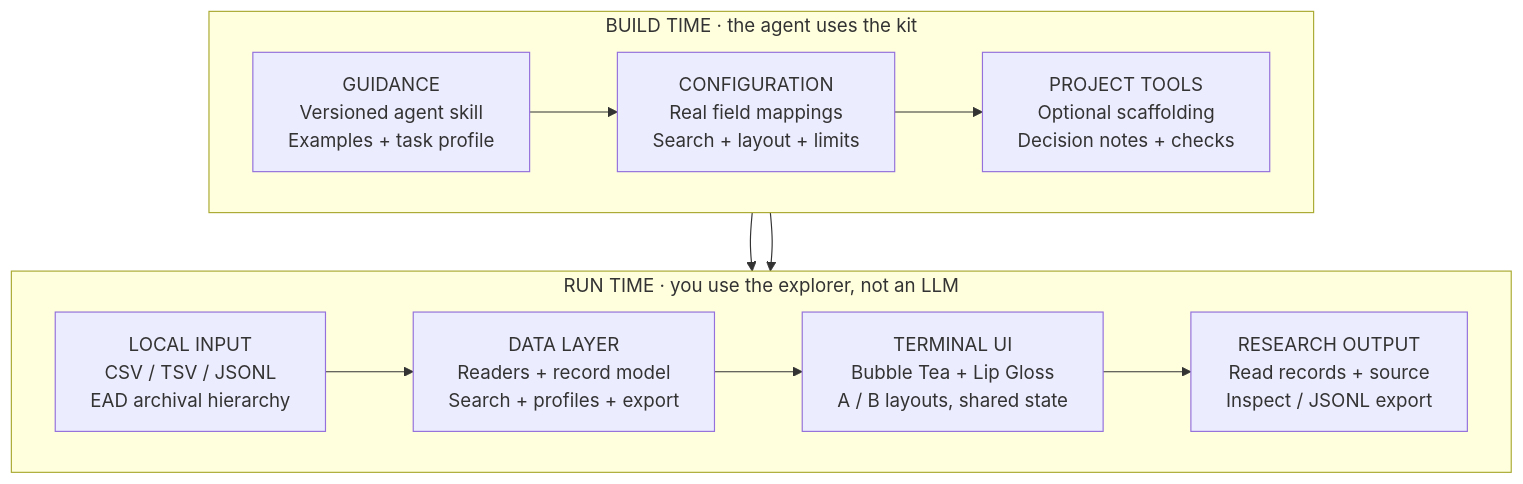
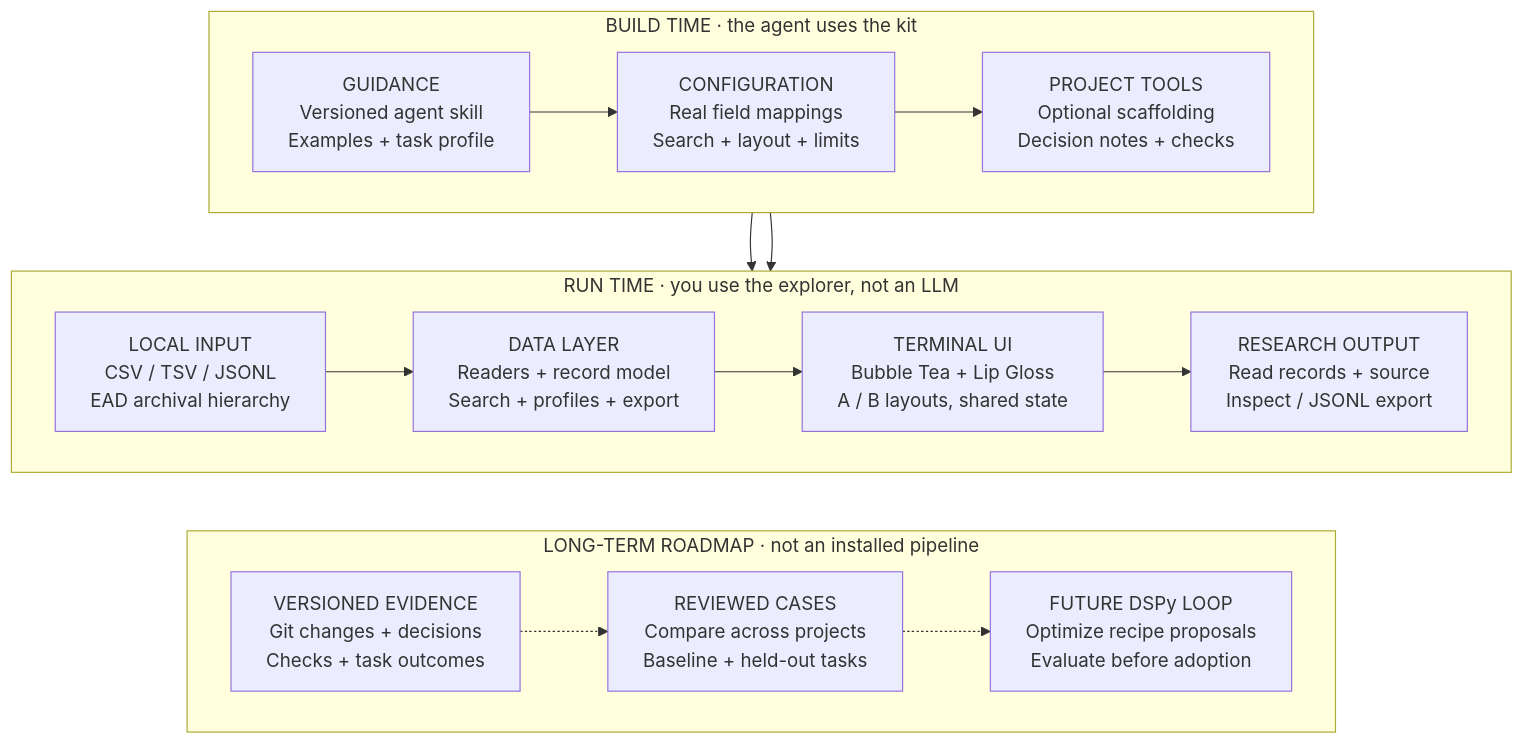
The diagram in profile/assets/kit-overview.mmd (Dataset-explorer-tui-kit/.github), drawn with Mermaid before and after one commit. The commit also changed 7 other files, not shown here.

Commit message:
docs: connect versioned decision history to the future DSPy learning roadmap

```diff
--- a/profile/assets/kit-overview.mmd
+++ b/profile/assets/kit-overview.mmd
@@ -1,25 +1,38 @@
 flowchart TD
     subgraph build["BUILD TIME · the agent uses the kit"]
       direction LR
       skill["GUIDANCE<br/>Versioned agent skill<br/>Examples + task profile"]
       recipe["CONFIGURATION<br/>Real field mappings<br/>Search + layout + limits"]
       tooling["PROJECT TOOLS<br/>Optional scaffolding<br/>Decision notes + checks"]
       skill --> recipe
       recipe --> tooling
     end
     subgraph runtime["RUN TIME · you use the explorer, not an LLM"]
       direction LR
       source["LOCAL INPUT<br/>CSV / TSV / JSONL<br/>EAD archival hierarchy"]
       data["DATA LAYER<br/>Readers + record model<br/>Search + profiles + export"]
       ui["TERMINAL UI<br/>Bubble Tea + Lip Gloss<br/>A / B layouts, shared state"]
       result["RESEARCH OUTPUT<br/>Read records + source<br/>Inspect / JSONL export"]
       source --> data
       data --> ui
       ui --> result
     end
     recipe --> data
     tooling --> ui
+    subgraph learning["LONG-TERM ROADMAP · not an installed pipeline"]
+      direction LR
+      evidence["VERSIONED EVIDENCE<br/>Git changes + decisions<br/>Checks + task outcomes"]
+      cases["REVIEWED CASES<br/>Compare across projects<br/>Baseline + held-out tasks"]
+      dspy["FUTURE DSPy LOOP<br/>Optimize recipe proposals<br/>Evaluate before adoption"]
+      evidence -.-> cases
+      cases -.-> dspy
+    end
+    %% Layout only: place the roadmap below runtime, without a causal arrow.
+    source ~~~ evidence
+    data ~~~ cases
+    ui ~~~ dspy
+    class evidence,cases,dspy optional
     class skill,recipe,tooling agent
     class source input
     class data,ui core
     class result output
```
